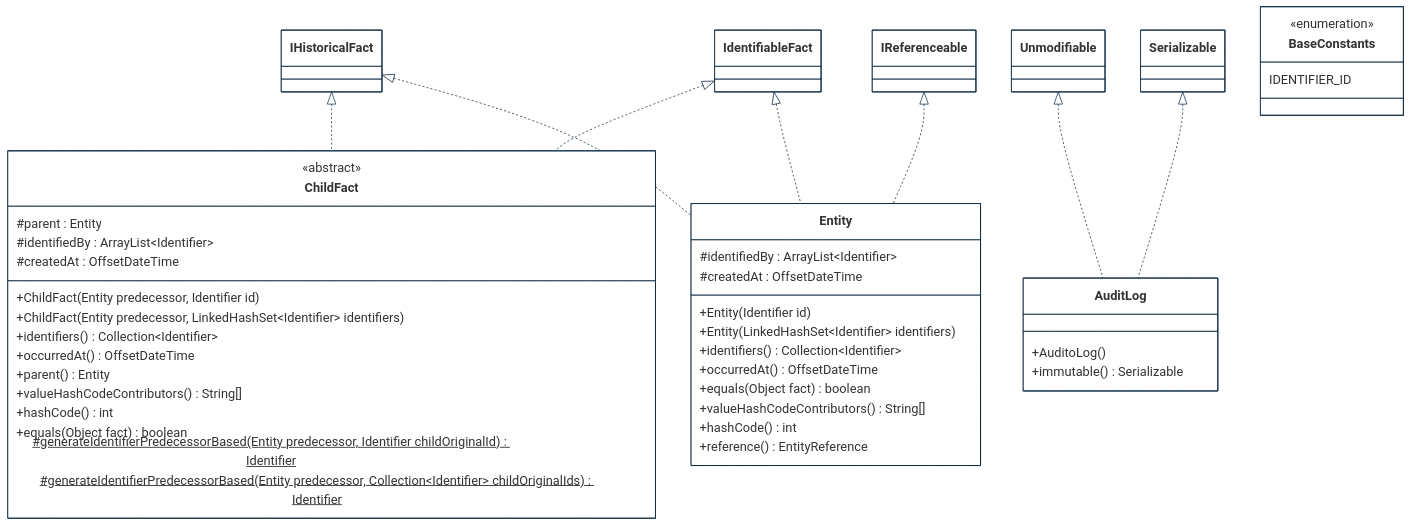
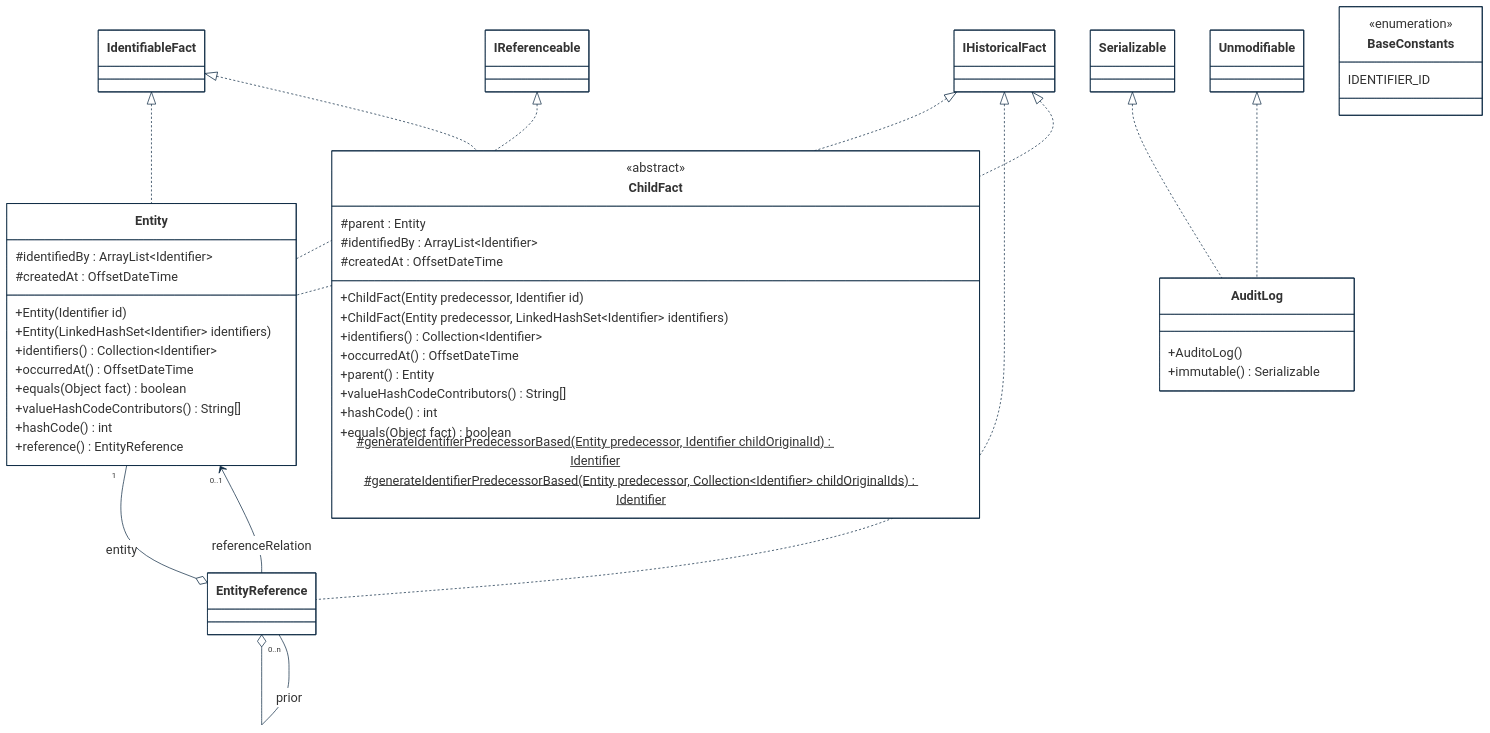
Before and after one commit to cybnity/foundation: the first of 5 diagrams in implementations-line/framework/immutable/designview-packages.md, drawn with Mermaid. The commit also changed other lines of this file, not shown here.

````diff
--- a/implementations-line/framework/immutable/designview-packages.md
+++ b/implementations-line/framework/immutable/designview-packages.md
@@ -34,65 +35,71 @@
 ```mermaid
 %%{
   init: {
     'theme': 'base',
     'themeVariables': {
         'background': '#ffffff',
         'fontFamily': 'arial',
         'fontSize': '18px',
         'primaryColor': '#fff',
         'primaryBorderColor': '#0e2a43',
         'secondaryBorderColor': '#0e2a43',
         'tertiaryBorderColor': '#0e2a43',
         'edgeLabelBackground':'#0e2a43',
         'lineColor': '#0e2a43',
         'tertiaryColor': '#fff'
     }
   }
 }%%
 classDiagram
     IHistoricalFact <|.. ChildFact
     IdentifiableFact <|.. ChildFact
+    IHistoricalFact <|.. EntityReference
+    Entity "0..1" <-- EntityReference : referenceRelation
+    Entity "1" --o EntityReference : entity
     IHistoricalFact <|.. Entity
     IdentifiableFact <|.. Entity
     IReferenceable <|.. Entity
     Unmodifiable <|.. AuditLog
     Serializable <|.. AuditLog
+    EntityReference "0..n" --o EntityReference : prior
 
     class Entity {
         #identifiedBy : ArrayList~Identifier~
         #createdAt : OffsetDateTime
         +Entity(Identifier id)
         +Entity(LinkedHashSet~Identifier~ identifiers)
         +identifiers() Collection~Identifier~
         +occurredAt() OffsetDateTime
         +equals(Object fact) boolean
         +valueHashCodeContributors() String[]
         +hashCode() int
         +reference() EntityReference
     }
     class AuditLog {
         +AuditoLog()
         +immutable() Serializable
     }
     class ChildFact {
         <<abstract>>
         #parent : Entity
         #identifiedBy : ArrayList~Identifier~
         #createdAt : OffsetDateTime
         +ChildFact(Entity predecessor, Identifier id)
         +ChildFact(Entity predecessor, LinkedHashSet~Identifier~ identifiers)
         +identifiers() Collection~Identifier~
         +occurredAt() OffsetDateTime
         +parent() Entity
         +valueHashCodeContributors() String[]
         +hashCode() int
         +equals(Object fact) boolean
         #generateIdentifierPredecessorBased(Entity predecessor, Identifier childOriginalId)$ Identifier
         #generateIdentifierPredecessorBased(Entity predecessor, Collection~Identifier~ childOriginalIds)$ Identifier
     }
     class BaseConstants {
         <<enumeration>>
         IDENTIFIER_ID
     }
+    class EntityReference {
+    }
 
 ```
````
